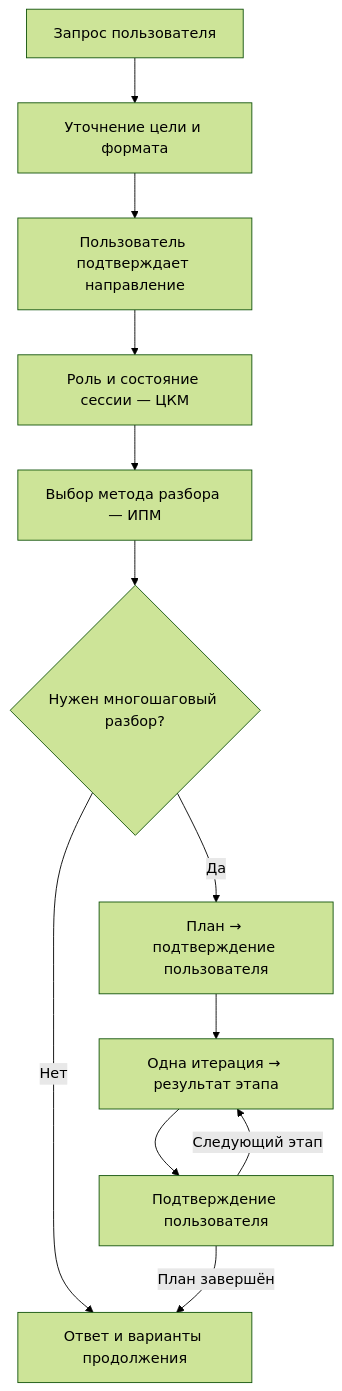
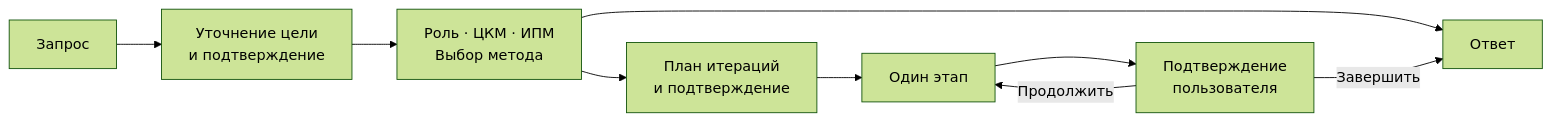
One commit to Vkuvalin/Family-Meta-Machine changed the diagram in README.md. Above: the diagram before and after it, drawn with Mermaid (forest theme).

Commit message:
Keep the dialogue flow diagram compact

````diff
--- a/README.md
+++ b/README.md
@@ -35,14 +35,11 @@
 ```mermaid
-flowchart TD
-    A["Запрос пользователя"] --> B["Уточнение цели и формата"]
-    B --> C["Пользователь подтверждает направление"]
-    C --> D["Роль и состояние сессии — ЦКМ"]
-    D --> E["Выбор метода разбора — ИПМ"]
-    E --> F{"Нужен многошаговый разбор?"}
-    F -->|Нет| G["Ответ и варианты продолжения"]
-    F -->|Да| H["План → подтверждение пользователя"]
-    H --> I["Одна итерация → результат этапа"]
-    I --> J["Подтверждение пользователя"]
-    J -->|Следующий этап| I
-    J -->|План завершён| G
+flowchart LR
+    A["Запрос"] --> B["Уточнение цели<br/>и подтверждение"]
+    B --> C["Роль · ЦКМ · ИПМ<br/>Выбор метода"]
+    C --> D["Ответ"]
+    C --> E["План итераций<br/>и подтверждение"]
+    E --> F["Один этап"]
+    F --> G["Подтверждение<br/>пользователя"]
+    G -->|Продолжить| F
+    G -->|Завершить| D
 ```
````
